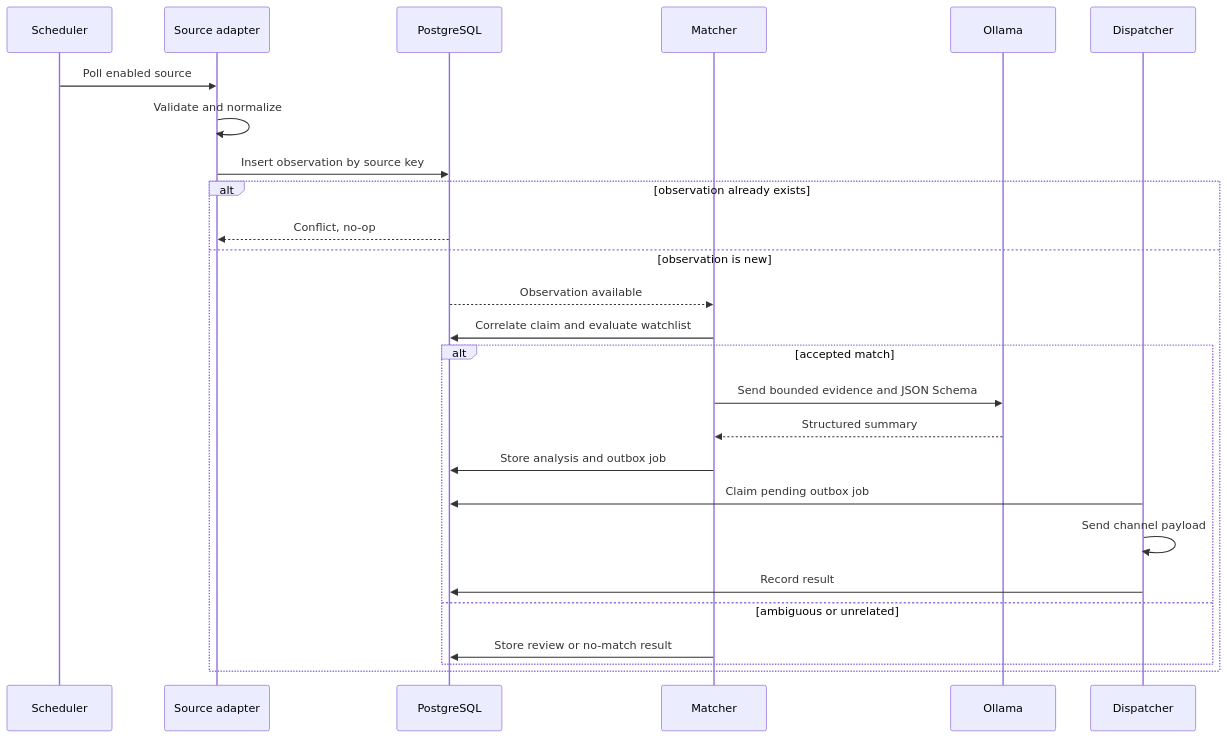
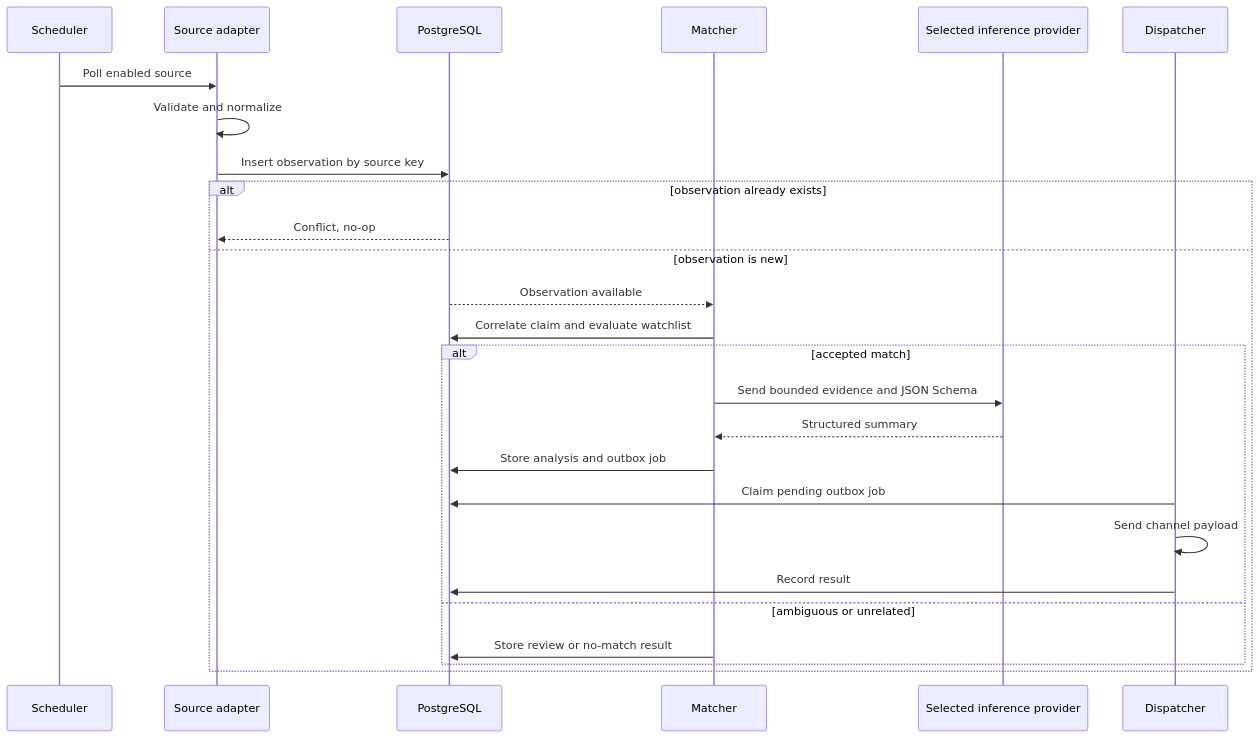
One commit to DimLeon009/threat-claim-monitor changed the fourth of 6 diagrams in docs/architecture/architecture.md. Above: the diagram before and after it, drawn with Mermaid. The commit also changed other lines of this file and 19 other files, not shown here.

````diff
--- a/docs/architecture/architecture.md
+++ b/docs/architecture/architecture.md
@@ -209,29 +222,29 @@
 ```mermaid
 sequenceDiagram
     participant S as Scheduler
     participant A as Source adapter
     participant P as PostgreSQL
     participant M as Matcher
-    participant O as Ollama
+    participant I as Selected inference provider
     participant D as Dispatcher
 
     S->>A: Poll enabled source
     A->>A: Validate and normalize
     A->>P: Insert observation by source key
     alt observation already exists
         P-->>A: Conflict, no-op
     else observation is new
         P-->>M: Observation available
         M->>P: Correlate claim and evaluate watchlist
         alt accepted match
-            M->>O: Send bounded evidence and JSON Schema
-            O-->>M: Structured summary
+            M->>I: Send bounded evidence and JSON Schema
+            I-->>M: Structured summary
             M->>P: Store analysis and outbox job
             D->>P: Claim pending outbox job
             D->>D: Send channel payload
             D->>P: Record result
         else ambiguous or unrelated
             M->>P: Store review or no-match result
         end
     end
 ```
````
